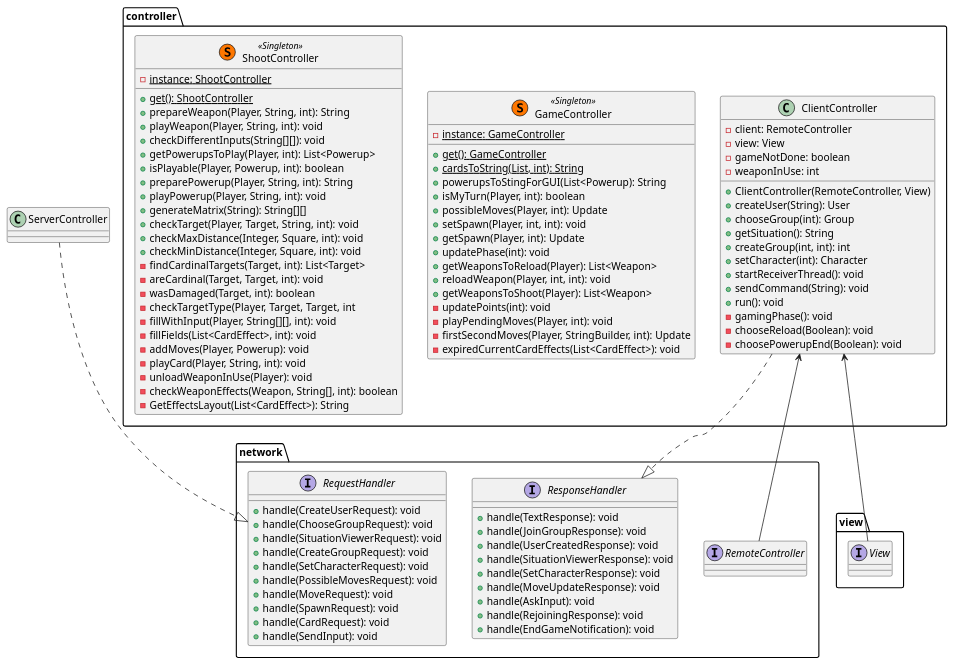
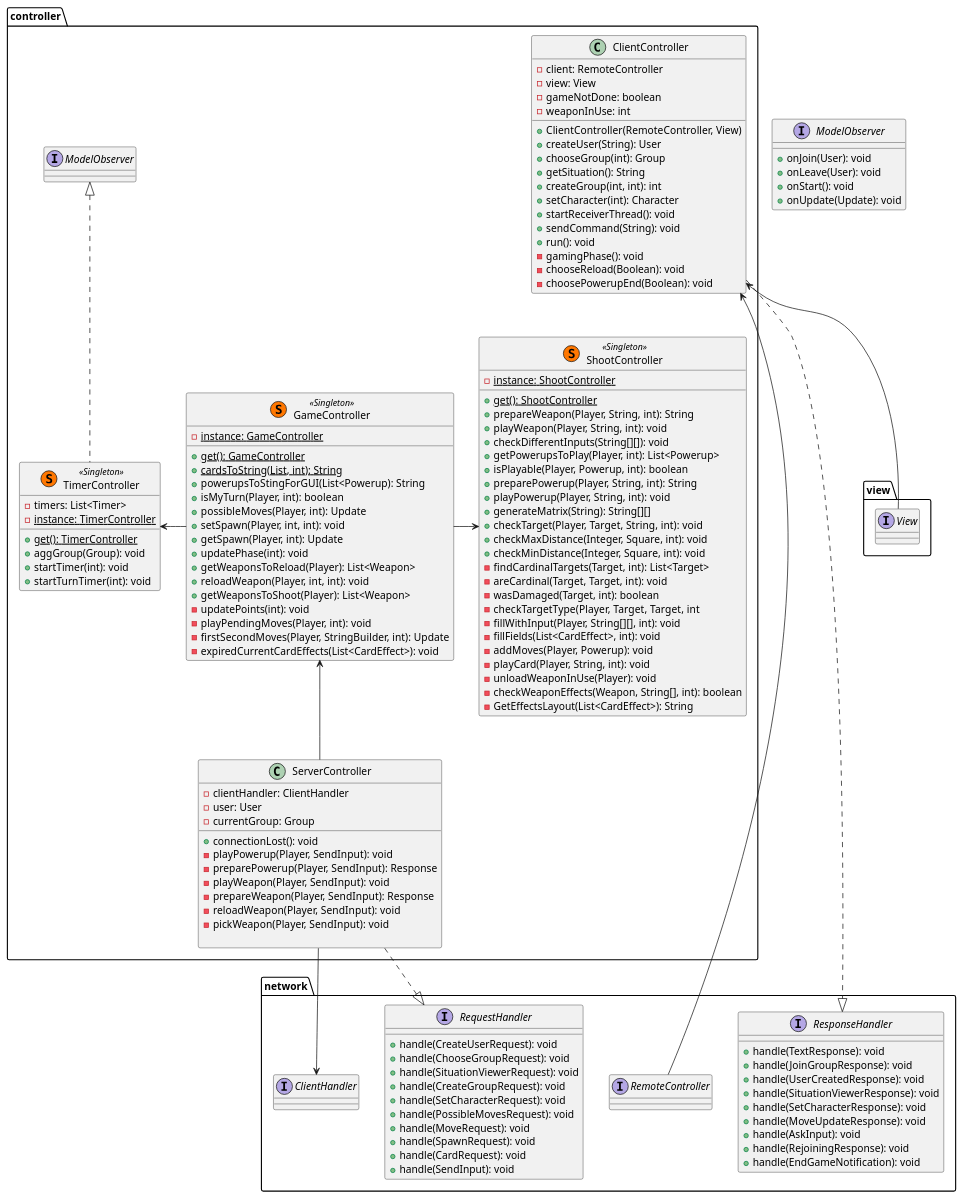
One commit to elenasl96/ing-sw-2019-6 changed the diagram in utility/final/Controller.puml. Above: the diagram before and after it, drawn with PlantUML. The commit also changed 3 other files, not shown here.

Commit message:
javadoc, uml

```diff
--- a/utility/final/Controller.puml
+++ b/utility/final/Controller.puml
@@ -1,107 +1,146 @@
 @startuml
 
 package controller {
     class ClientController{
         - client: RemoteController
         - view: View
         - gameNotDone: boolean
         - weaponInUse: int
         __
         + ClientController(RemoteController, View)
         + createUser(String): User
         + chooseGroup(int): Group
         + getSituation(): String
         + createGroup(int, int): int
         + setCharacter(int): Character
         + startReceiverThread(): void
         + sendCommand(String): void
         + run(): void
         - gamingPhase(): void
         - chooseReload(Boolean): void
         - choosePowerupEnd(Boolean): void
     }
 
     class GameController << (S,#FF7700) Singleton >>{
         - {static} instance: GameController
         __
         + {static} get(): GameController
         + {static} cardsToString(List, int): String
         + powerupsToStingForGUI(List<Powerup): String
         + isMyTurn(Player, int): boolean
         + possibleMoves(Player, int): Update
         + setSpawn(Player, int, int): void
         + getSpawn(Player, int): Update
         + updatePhase(int): void
         + getWeaponsToReload(Player): List<Weapon>
         + reloadWeapon(Player, int, int): void
         + getWeaponsToShoot(Player): List<Weapon>
         - updatePoints(int): void
         - playPendingMoves(Player, int): void
         - firstSecondMoves(Player, StringBuilder, int): Update
         - expiredCurrentCardEffects(List<CardEffect>): void
     }
 
     class ShootController << (S,#FF7700) Singleton >> {
         - {static} instance: ShootController
         __
         + {static} get(): ShootController
         + prepareWeapon(Player, String, int): String
         + playWeapon(Player, String, int): void
         + checkDifferentInputs(String[][]): void
         + getPowerupsToPlay(Player, int): List<Powerup>
         + isPlayable(Player, Powerup, int): boolean
         + preparePowerup(Player, String, int): String
         + playPowerup(Player, String, int): void
         + generateMatrix(String): String[][]
         + checkTarget(Player, Target, String, int): void
         + checkMaxDistance(Integer, Square, int): void
         + checkMinDistance(Integer, Square, int): void
         - findCardinalTargets(Target, int): List<Target>
         - areCardinal(Target, Target, int): void
         - wasDamaged(Target, int): boolean
         - checkTargetType(Player, Target, Target, int
         - fillWithInput(Player, String[][], int): void
         - fillFields(List<CardEffect>, int): void
         - addMoves(Player, Powerup): void
         - playCard(Player, String, int): void
         - unloadWeaponInUse(Player): void
         - checkWeaponEffects(Weapon, String[], int): boolean
         - GetEffectsLayout(List<CardEffect>): String
     }
+
+    class TimerController << (S,#FF7700) Singleton >> implements ModelObserver{
+        - timers: List<Timer>
+        - {static} instance: TimerController
+        __
+        + {static} get(): TimerController
+        + aggGroup(Group): void
+        + startTimer(int): void
+        + startTurnTimer(int): void
+    }
+
+    class ServerController{
+        - clientHandler: ClientHandler
+        - user: User
+        - currentGroup: Group
+        __
+        + connectionLost(): void
+        - playPowerup(Player, SendInput): void
+        - preparePowerup(Player, SendInput): Response
+        - playWeapon(Player, SendInput): void
+        - prepareWeapon(Player, SendInput): Response
+        - reloadWeapon(Player, SendInput): void
+        - pickWeapon(Player, SendInput): void
+
+    }
+
+    GameController <-- ServerController
+    GameController -> ShootController
+    TimerController <- GameController
 }
 package network{
     interface RemoteController
     interface ResponseHandler{
         + handle(TextResponse): void
         + handle(JoinGroupResponse): void
         + handle(UserCreatedResponse): void
         + handle(SituationViewerResponse): void
         + handle(SetCharacterResponse): void
         + handle(MoveUpdateResponse): void
         + handle(AskInput): void
         + handle(RejoiningResponse): void
         + handle(EndGameNotification): void
     }
     interface RequestHandler{
 
     + handle(CreateUserRequest): void
     + handle(ChooseGroupRequest): void
     + handle(SituationViewerRequest): void
     + handle(CreateGroupRequest): void
     + handle(SetCharacterRequest): void
     + handle(PossibleMovesRequest): void
     + handle(MoveRequest): void
     + handle(SpawnRequest): void
     + handle(CardRequest): void
     + handle(SendInput): void
     }
+
+    interface ClientHandler{
+    }
 }
 package view{
     interface View
 }
 
+interface ModelObserver{
+    + onJoin(User): void
+    + onLeave(User): void
+    + onStart(): void
+    + onUpdate(Update): void
+}
 ClientController <-- View
 ClientController <- RemoteController
 ClientController ..|> ResponseHandler
 ServerController ..|> RequestHandler
+ServerController --> ClientHandler
 @enduml
```
